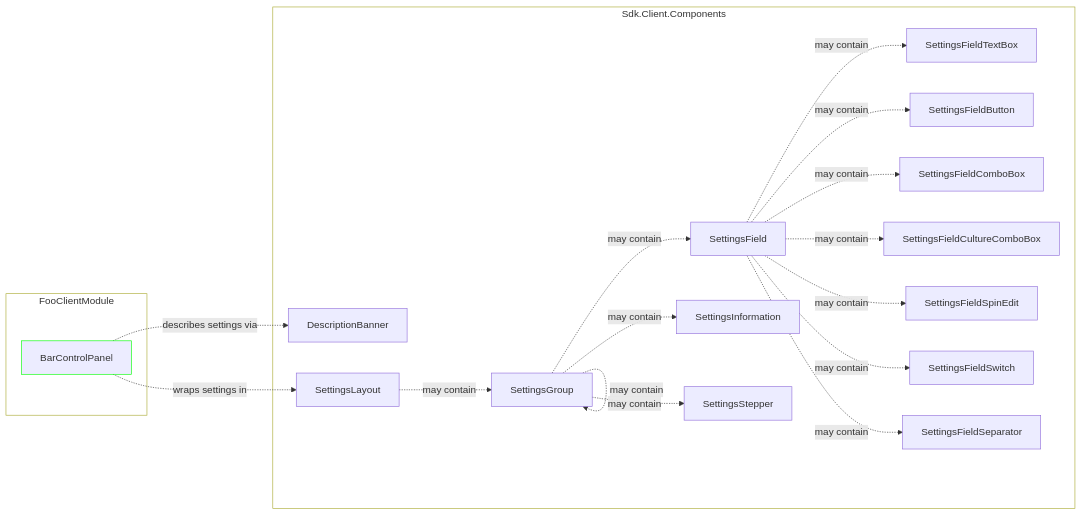
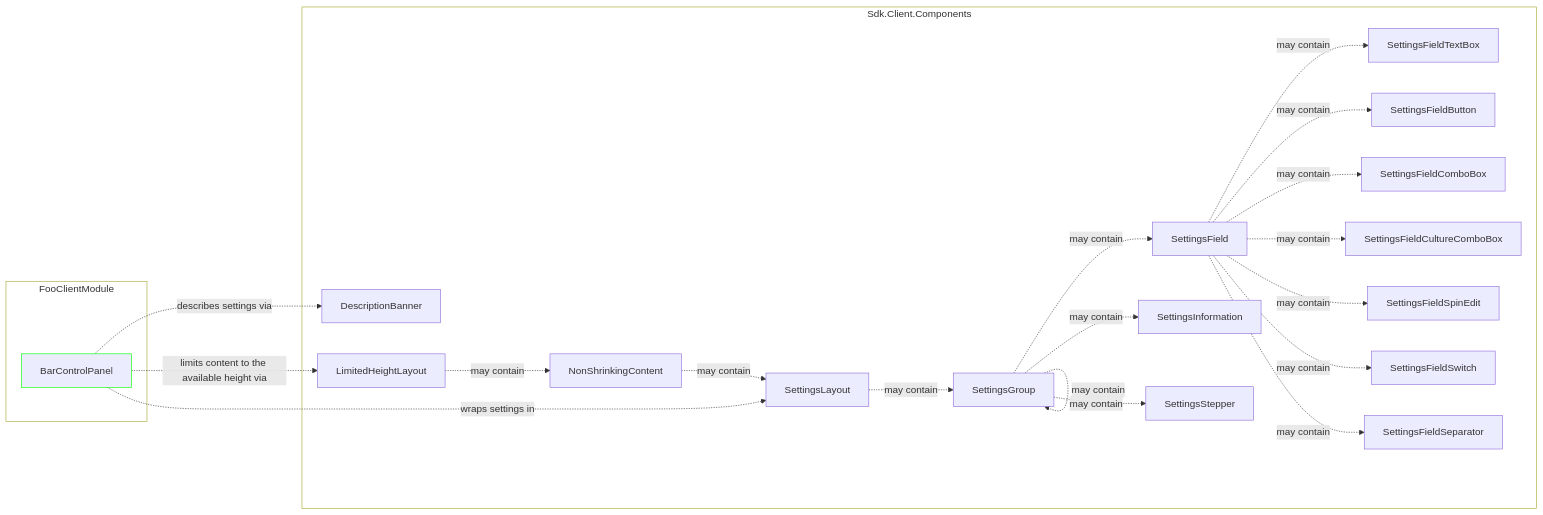
One commit to vicione-oss/vicione-suite-suite-sdk changed the second of 2 diagrams in docs/control-panel-guide.md. Above: the diagram before and after it, drawn with Mermaid. The commit also changed other lines of this file and 15 other files, not shown here.

Commit message:
Resolve "Add LimitedHeightLayout component and its dependencies"

````diff
--- a/docs/control-panel-guide.md
+++ b/docs/control-panel-guide.md
@@ -121,43 +121,48 @@
 ```mermaid
 flowchart LR
     subgraph "Sdk.Client.Components"
         DescriptionBanner
         SettingsLayout
         SettingsGroup
         SettingsField
         SettingsFieldTextBox
         SettingsFieldButton
         SettingsFieldComboBox
         SettingsFieldCultureComboBox
         SettingsFieldSpinEdit
         SettingsFieldSwitch
         SettingsFieldSeparator
         SettingsInformation
         SettingsStepper
+        LimitedHeightLayout
+        NonShrinkingContent
 
+        LimitedHeightLayout-. "may contain" .->NonShrinkingContent
+        NonShrinkingContent-. "may contain" .->SettingsLayout
         SettingsLayout-. "may contain" .->SettingsGroup
         SettingsGroup-. "may contain" .->SettingsGroup
         SettingsGroup-. "may contain" .->SettingsField
         SettingsGroup-. "may contain" .->SettingsInformation
         SettingsGroup-. "may contain" .->SettingsStepper
         SettingsField-. "may contain" .->SettingsFieldTextBox
         SettingsField-. "may contain" .->SettingsFieldButton
         SettingsField-. "may contain" .->SettingsFieldComboBox
         SettingsField-. "may contain" .->SettingsFieldCultureComboBox
         SettingsField-. "may contain" .->SettingsFieldSpinEdit
         SettingsField-. "may contain" .->SettingsFieldSwitch
         SettingsField-. "may contain" .->SettingsFieldSeparator
     end
 
     subgraph FooClientModule
         BarControlPanel
 
         BarControlPanel-. "describes settings via" .->DescriptionBanner
         BarControlPanel-. "wraps settings in" .->SettingsLayout
+        BarControlPanel-. "limits content to the available height via" .->LimitedHeightLayout
     end
 
     classDef cluster fill:#ffffff10
     classDef component stroke:#00ff00
 
     class BarControlPanel component;
 ```
````
